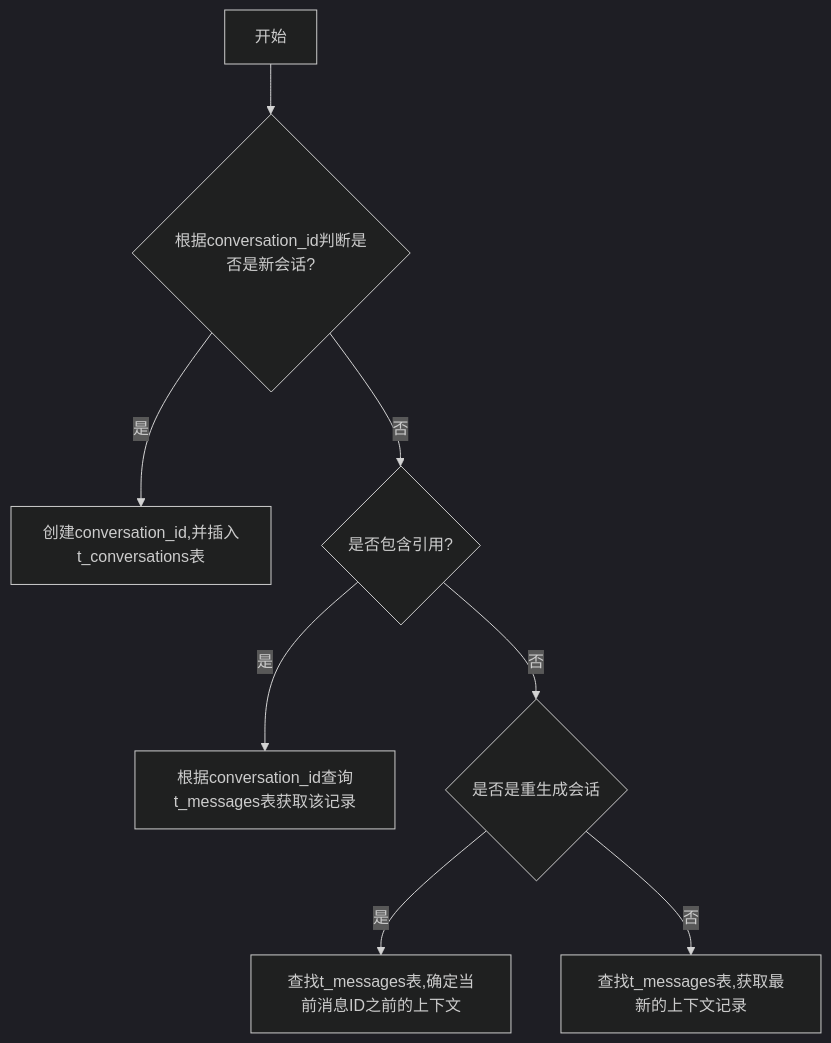
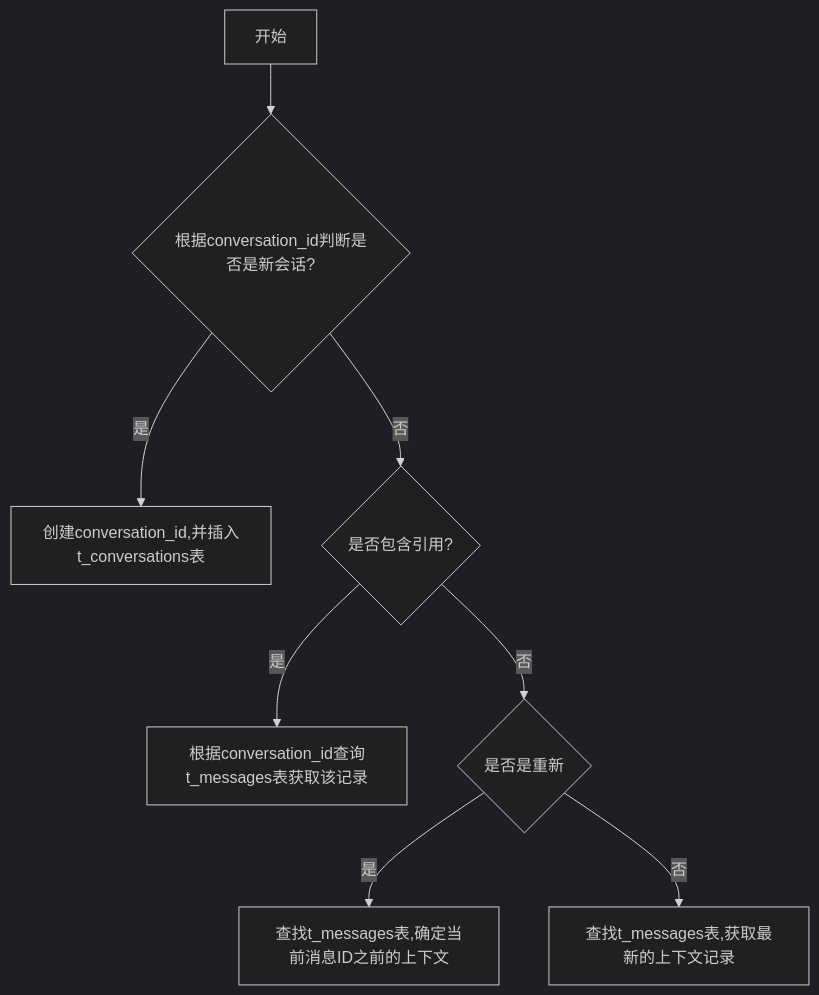
The diagram in all/未命名-7.md (yingjianzh/iodraw-files), drawn with Mermaid (dark theme) before and after one commit.

Commit message:
2024-10-12 14:22:48 update

````diff
--- a/all/未命名-7.md
+++ b/all/未命名-7.md
@@ -1,12 +1,12 @@
 ```mermaid
 flowchart TD
     A[开始] --> B{根据conversation_id判断是否是新会话?}
     B -- 是 --> C[创建conversation_id,并插入t_conversations表]
     B -- 否 --> D{是否包含引用?}
     D -- 是 --> E[根据conversation_id查询t_messages表获取该记录]
-    D -- 否 --> F{是否是重生成会话}
+    D -- 否 --> F{是否是重新}
     F -- 是 --> G[查找t_messages表,确定当前消息ID之前的上下文]
     F -- 否 --> H[查找t_messages表,获取最新的上下文记录]
 
 
 ```
````
